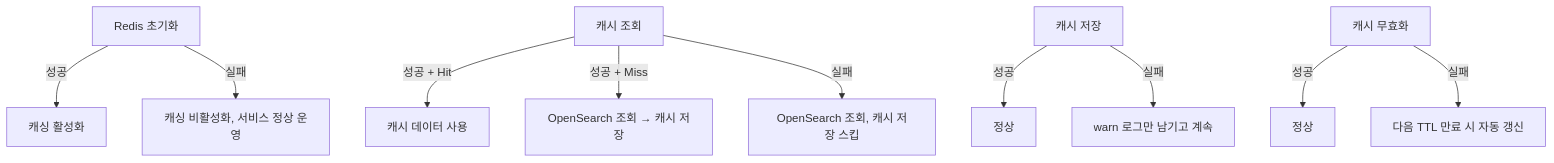
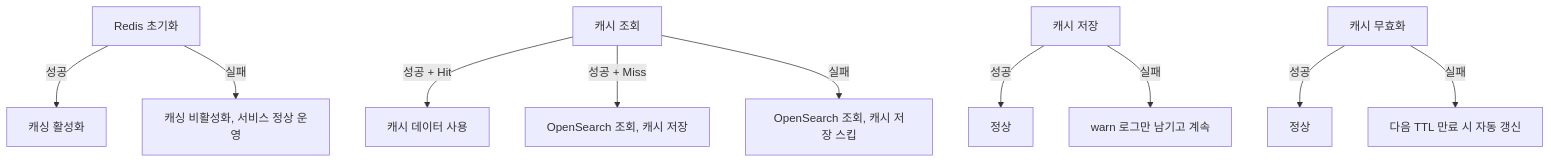
One commit to SonAIengine/sonblog changed the second of 3 diagrams in docs/search-engine/Rust 검색 엔진/Rust-검색-엔진에-Redis-캐싱-적용기.md. Above: the diagram before and after it, drawn with Mermaid. The commit also changed other lines of this file and 10 other files, not shown here.

Commit message:
mermaid 다이어그램 전체 수정: mermaid 11.x 호환성 문제 해결

````diff
--- a/docs/search-engine/Rust 검색 엔진/Rust-검색-엔진에-Redis-캐싱-적용기.md
+++ b/docs/search-engine/Rust 검색 엔진/Rust-검색-엔진에-Redis-캐싱-적용기.md
@@ -353,15 +353,15 @@
 ```mermaid
-graph TD
+flowchart TD
     A[Redis 초기화] -->|성공| B[캐싱 활성화]
-    A -->|실패| C[캐싱 비활성화, 서비스 정상 운영]
-    
-    D[캐시 조회] -->|성공 + Hit| E[캐시 데이터 사용]
-    D -->|성공 + Miss| F[OpenSearch 조회 → 캐시 저장]
-    D -->|실패| G[OpenSearch 조회, 캐시 저장 스킵]
-    
+    A -->|실패| C["캐싱 비활성화, 서비스 정상 운영"]
+
+    D[캐시 조회] -->|"성공 + Hit"| E[캐시 데이터 사용]
+    D -->|"성공 + Miss"| F["OpenSearch 조회, 캐시 저장"]
+    D -->|실패| G["OpenSearch 조회, 캐시 저장 스킵"]
+
     H[캐시 저장] -->|성공| I[정상]
-    H -->|실패| J[warn 로그만 남기고 계속]
-    
+    H -->|실패| J["warn 로그만 남기고 계속"]
+
     K[캐시 무효화] -->|성공| L[정상]
-    K -->|실패| M[다음 TTL 만료 시 자동 갱신]
+    K -->|실패| M["다음 TTL 만료 시 자동 갱신"]
 ```
````
